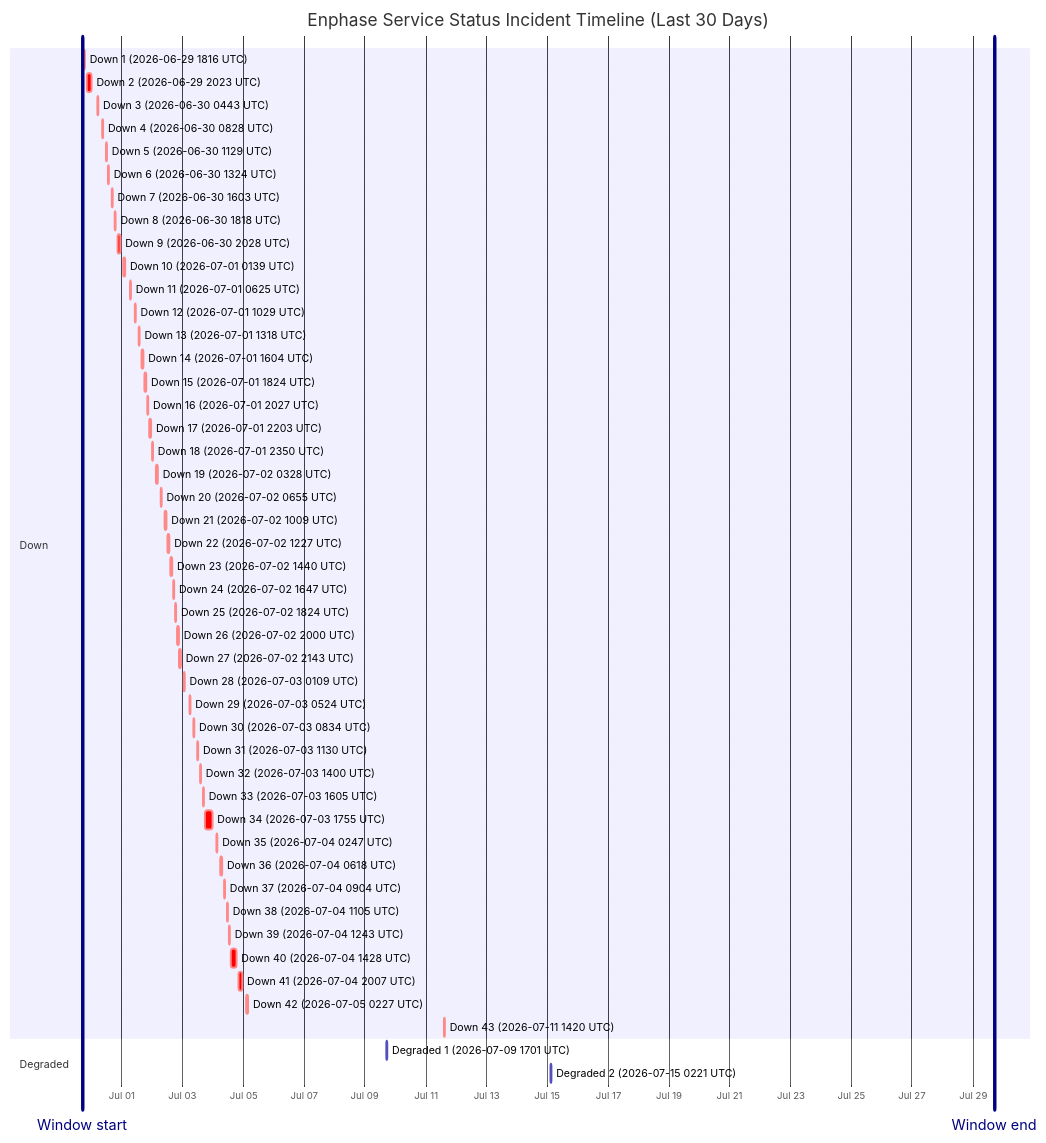
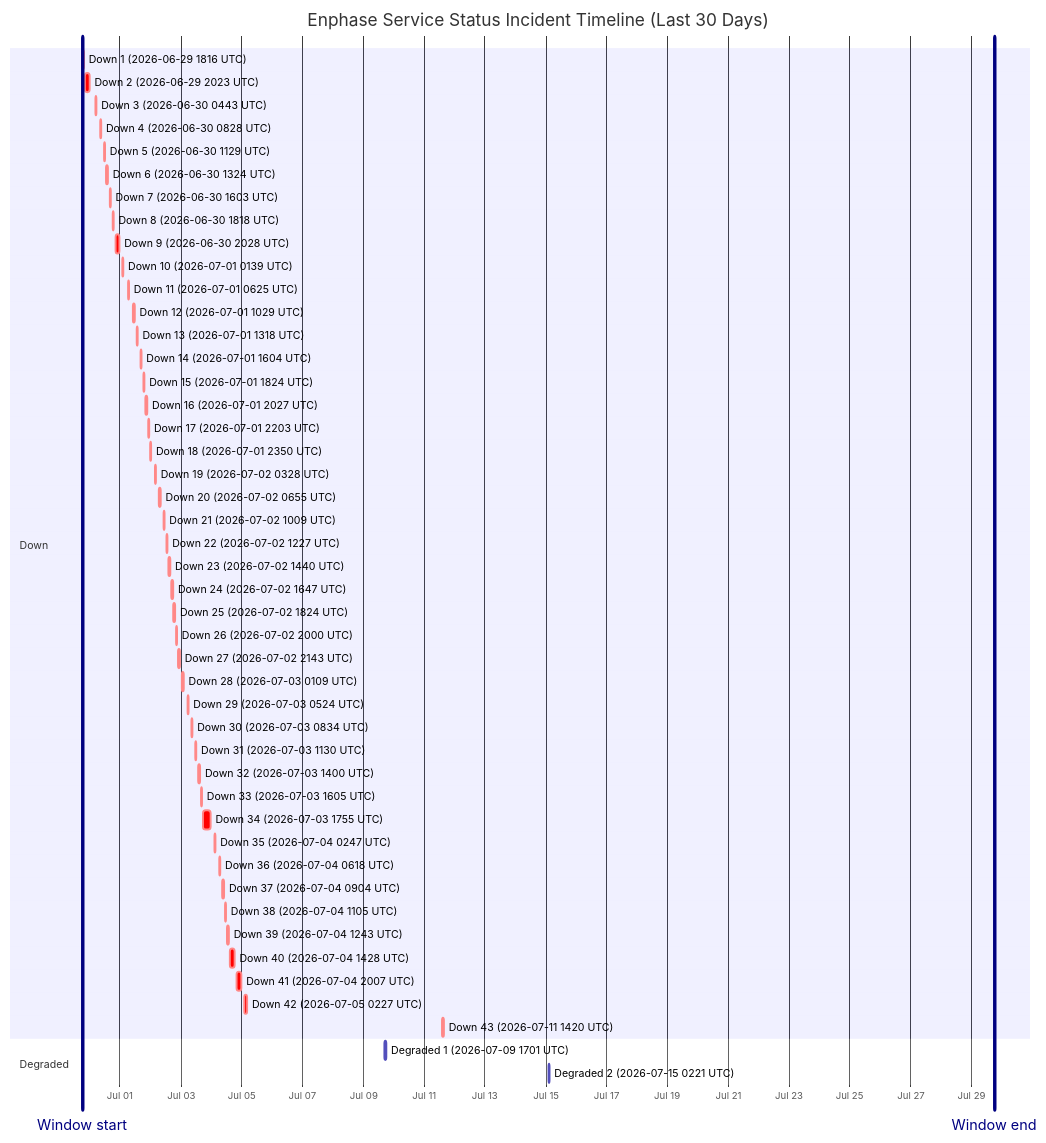
Before and after one commit to barneyonline/ha-enphase-energy: the diagram in wiki/Service-Status-History.md, drawn with Mermaid. The commit also changed other lines of this file and 3 other files, not shown here.

````diff
--- a/wiki/Service-Status-History.md
+++ b/wiki/Service-Status-History.md
@@ -14,55 +14,55 @@
 ```mermaid
 gantt
     title Enphase Service Status Incident Timeline (Last 30 Days)
     dateFormat  YYYY-MM-DDTHH:mm:ss
     axisFormat  %b %d
-    Window start :vert, window-start, 2026-06-29T16:48:58, 0ms
-    Window end :vert, window-end, 2026-07-29T16:48:58, 0ms
+    Window start :vert, window-start, 2026-06-29T18:05:36, 0ms
+    Window end :vert, window-end, 2026-07-29T18:05:36, 0ms
     section Down
     Down 1 (2026-06-29 1816 UTC) :crit, down-1, 2026-06-29T18:16:38, 60m
     Down 2 (2026-06-29 2023 UTC) :crit, down-2, 2026-06-29T20:23:16, 220m
     Down 3 (2026-06-30 0443 UTC) :crit, down-3, 2026-06-30T04:43:54, 60m
     Down 4 (2026-06-30 0828 UTC) :crit, down-4, 2026-06-30T08:28:43, 60m
     Down 5 (2026-06-30 1129 UTC) :crit, down-5, 2026-06-30T11:29:15, 60m
     Down 6 (2026-06-30 1324 UTC) :crit, down-6, 2026-06-30T13:24:25, 60m
     Down 7 (2026-06-30 1603 UTC) :crit, down-7, 2026-06-30T16:03:26, 60m
     Down 8 (2026-06-30 1818 UTC) :crit, down-8, 2026-06-30T18:18:39, 60m
     Down 9 (2026-06-30 2028 UTC) :crit, down-9, 2026-06-30T20:28:54, 171m
     Down 10 (2026-07-01 0139 UTC) :crit, down-10, 2026-07-01T01:39:18, 60m
     Down 11 (2026-07-01 0625 UTC) :crit, down-11, 2026-07-01T06:25:35, 60m
     Down 12 (2026-07-01 1029 UTC) :crit, down-12, 2026-07-01T10:29:24, 60m
     Down 13 (2026-07-01 1318 UTC) :crit, down-13, 2026-07-01T13:18:31, 60m
     Down 14 (2026-07-01 1604 UTC) :crit, down-14, 2026-07-01T16:04:29, 60m
     Down 15 (2026-07-01 1824 UTC) :crit, down-15, 2026-07-01T18:24:21, 60m
     Down 16 (2026-07-01 2027 UTC) :crit, down-16, 2026-07-01T20:27:17, 60m
     Down 17 (2026-07-01 2203 UTC) :crit, down-17, 2026-07-01T22:03:46, 60m
     Down 18 (2026-07-01 2350 UTC) :crit, down-18, 2026-07-01T23:50:52, 60m
     Down 19 (2026-07-02 0328 UTC) :crit, down-19, 2026-07-02T03:28:33, 60m
     Down 20 (2026-07-02 0655 UTC) :crit, down-20, 2026-07-02T06:55:07, 60m
     Down 21 (2026-07-02 1009 UTC) :crit, down-21, 2026-07-02T10:09:15, 60m
     Down 22 (2026-07-02 1227 UTC) :crit, down-22, 2026-07-02T12:27:49, 60m
     Down 23 (2026-07-02 1440 UTC) :crit, down-23, 2026-07-02T14:40:53, 60m
     Down 24 (2026-07-02 1647 UTC) :crit, down-24, 2026-07-02T16:47:47, 60m
     Down 25 (2026-07-02 1824 UTC) :crit, down-25, 2026-07-02T18:24:26, 60m
     Down 26 (2026-07-02 2000 UTC) :crit, down-26, 2026-07-02T20:00:57, 60m
     Down 27 (2026-07-02 2143 UTC) :crit, down-27, 2026-07-02T21:43:52, 80m
     Down 28 (2026-07-03 0109 UTC) :crit, down-28, 2026-07-03T01:09:19, 60m
     Down 29 (2026-07-03 0524 UTC) :crit, down-29, 2026-07-03T05:24:23, 60m
     Down 30 (2026-07-03 0834 UTC) :crit, down-30, 2026-07-03T08:34:05, 60m
     Down 31 (2026-07-03 1130 UTC) :crit, down-31, 2026-07-03T11:30:41, 60m
     Down 32 (2026-07-03 1400 UTC) :crit, down-32, 2026-07-03T14:00:48, 60m
     Down 33 (2026-07-03 1605 UTC) :crit, down-33, 2026-07-03T16:05:49, 60m
     Down 34 (2026-07-03 1755 UTC) :crit, down-34, 2026-07-03T17:55:54, 338m
     Down 35 (2026-07-04 0247 UTC) :crit, down-35, 2026-07-04T02:47:22, 60m
     Down 36 (2026-07-04 0618 UTC) :crit, down-36, 2026-07-04T06:18:09, 60m
     Down 37 (2026-07-04 0904 UTC) :crit, down-37, 2026-07-04T09:04:41, 60m
     Down 38 (2026-07-04 1105 UTC) :crit, down-38, 2026-07-04T11:05:21, 60m
     Down 39 (2026-07-04 1243 UTC) :crit, down-39, 2026-07-04T12:43:25, 60m
     Down 40 (2026-07-04 1428 UTC) :crit, down-40, 2026-07-04T14:28:07, 243m
     Down 41 (2026-07-04 2007 UTC) :crit, down-41, 2026-07-04T20:07:50, 206m
     Down 42 (2026-07-05 0227 UTC) :crit, down-42, 2026-07-05T02:27:32, 109m
     Down 43 (2026-07-11 1420 UTC) :crit, down-43, 2026-07-11T14:20:54, 69m
     section Degraded
     Degraded 1 (2026-07-09 1701 UTC) :active, degraded-1, 2026-07-09T17:01:02, 60m
     Degraded 2 (2026-07-15 0221 UTC) :active, degraded-2, 2026-07-15T02:21:35, 60m
 ```
````
